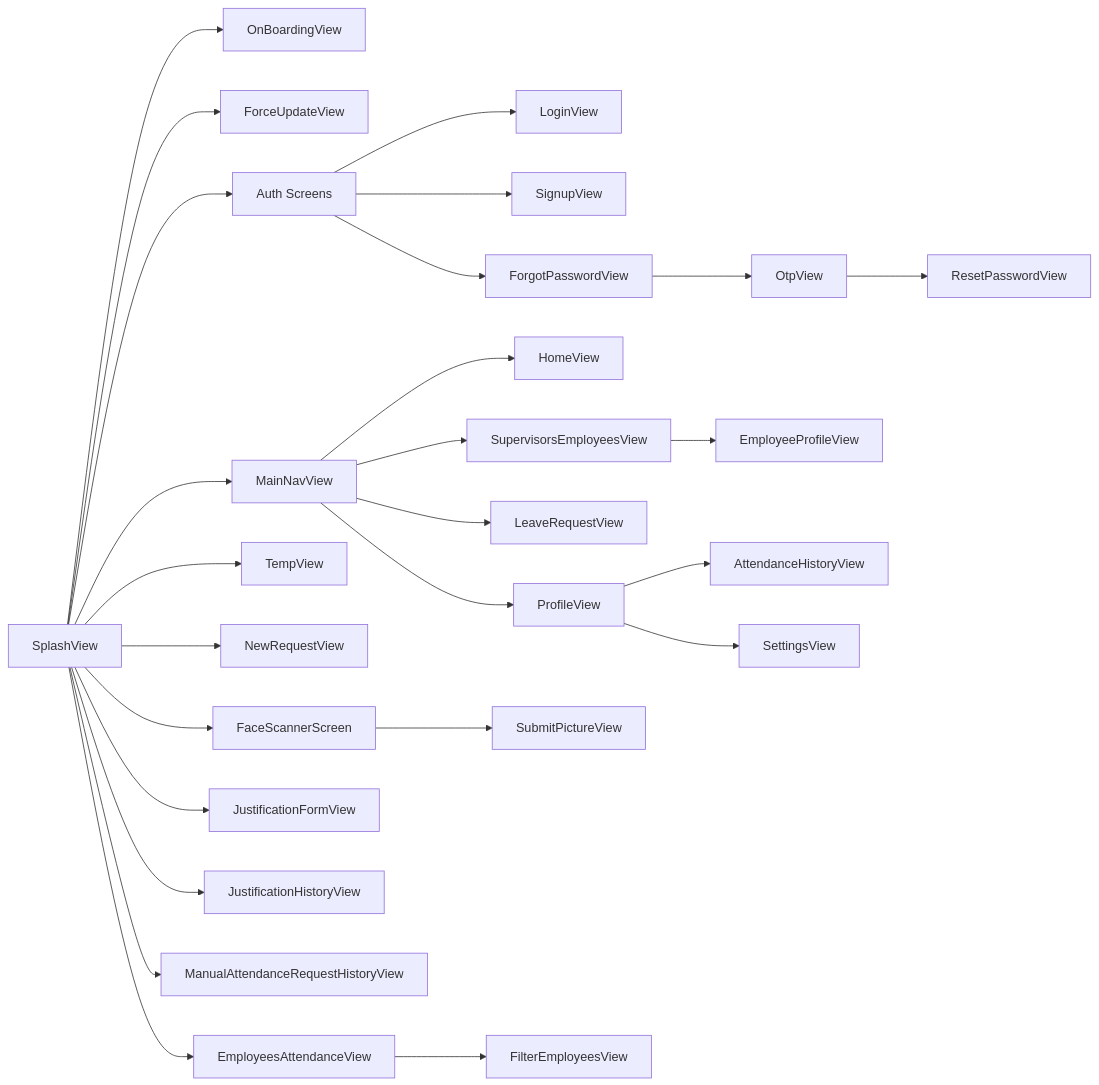
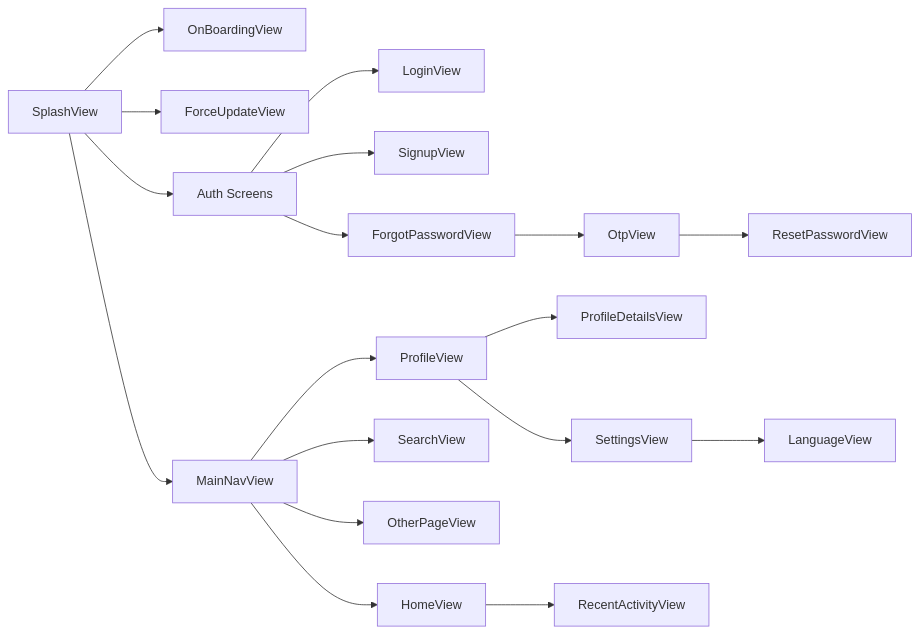
The seventh of 7 diagrams in README.md (Mohamed-Ahmed-Salah/app_starter), drawn with Mermaid before and after one commit. The commit also changed other lines of this file, not shown here.

````diff
--- a/README.md
+++ b/README.md
@@ -593,37 +544,29 @@
 ```mermaid
 graph LR
     Splash[SplashView] --> Onboarding[OnBoardingView]
     Splash --> ForceUpdate[ForceUpdateView]
     Splash --> Auth[Auth Screens]
 
     %% Auth screens
     Auth --> Login[LoginView]
     Auth --> Signup[SignupView]
     Auth --> ForgotPassword[ForgotPasswordView]
     ForgotPassword --> OTP[OtpView]
     OTP --> Reset[ResetPasswordView]
 
     %% Main navigation (StatefulShell)
     Splash --> MainNav[MainNavView]
     
     %% MainNav branches
     MainNav --> Home[HomeView]
-    MainNav --> Supervisors[SupervisorsEmployeesView]
-    Supervisors --> EmployeeProfile[EmployeeProfileView]
-    MainNav --> Leave[LeaveRequestView]
+    MainNav --> Search[SearchView]
+    MainNav --> OtherPage[OtherPageView]
     MainNav --> Profile[ProfileView]
-    Profile --> AttendanceHistory[AttendanceHistoryView]
+    Profile --> ProfileDetails[ProfileDetailsView]
     Profile --> Settings[SettingsView]
+    Settings--> Language[LanguageView]
 
     %% Additional standalone routes
-    Splash --> Temp[TempView]
-    Splash --> NewRequest[NewRequestView]
-    Splash --> FaceScanner[FaceScannerScreen]
-    FaceScanner --> SubmitPicture[SubmitPictureView]
-    Splash --> JustificationForm[JustificationFormView]
-    Splash --> JustificationHistory[JustificationHistoryView]
-    Splash --> ManualAttendance[ManualAttendanceRequestHistoryView]
-    Splash --> EmployeesAttendance[EmployeesAttendanceView]
-    EmployeesAttendance --> FilterEmployees[FilterEmployeesView]
+    Home --> RecentActivity[RecentActivityView]
 
 ```
````
